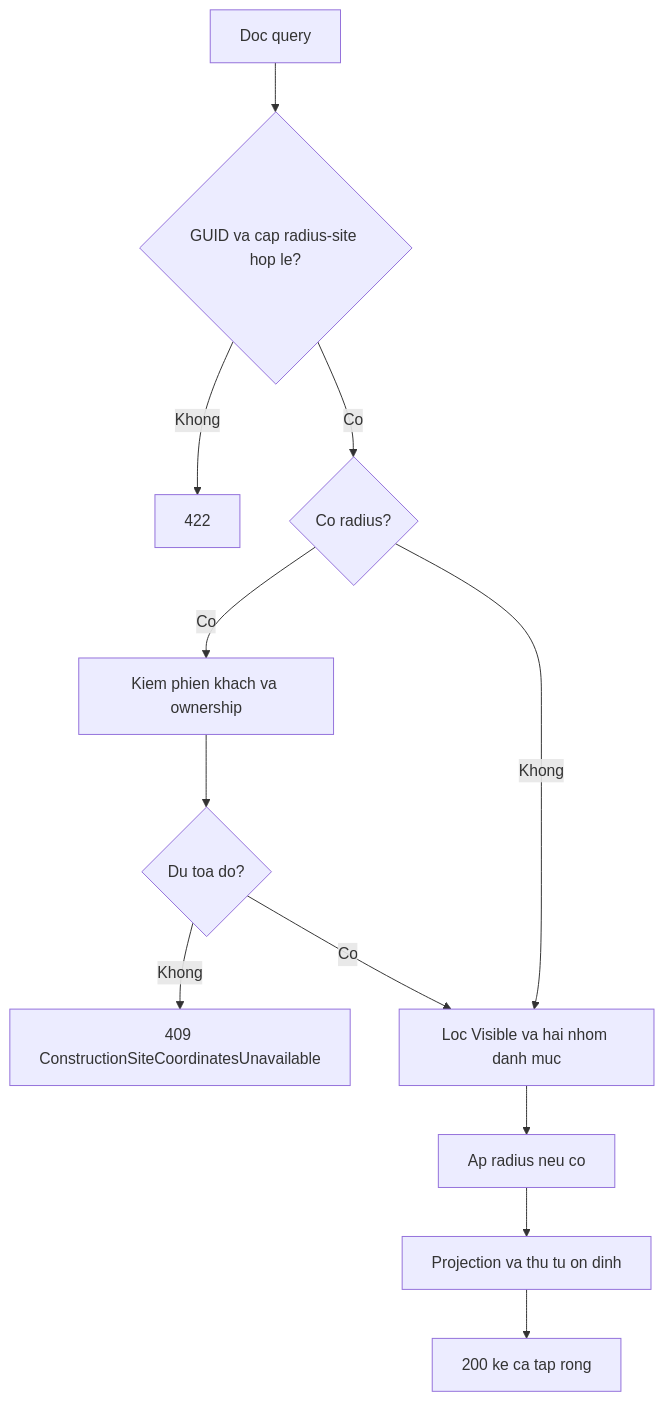
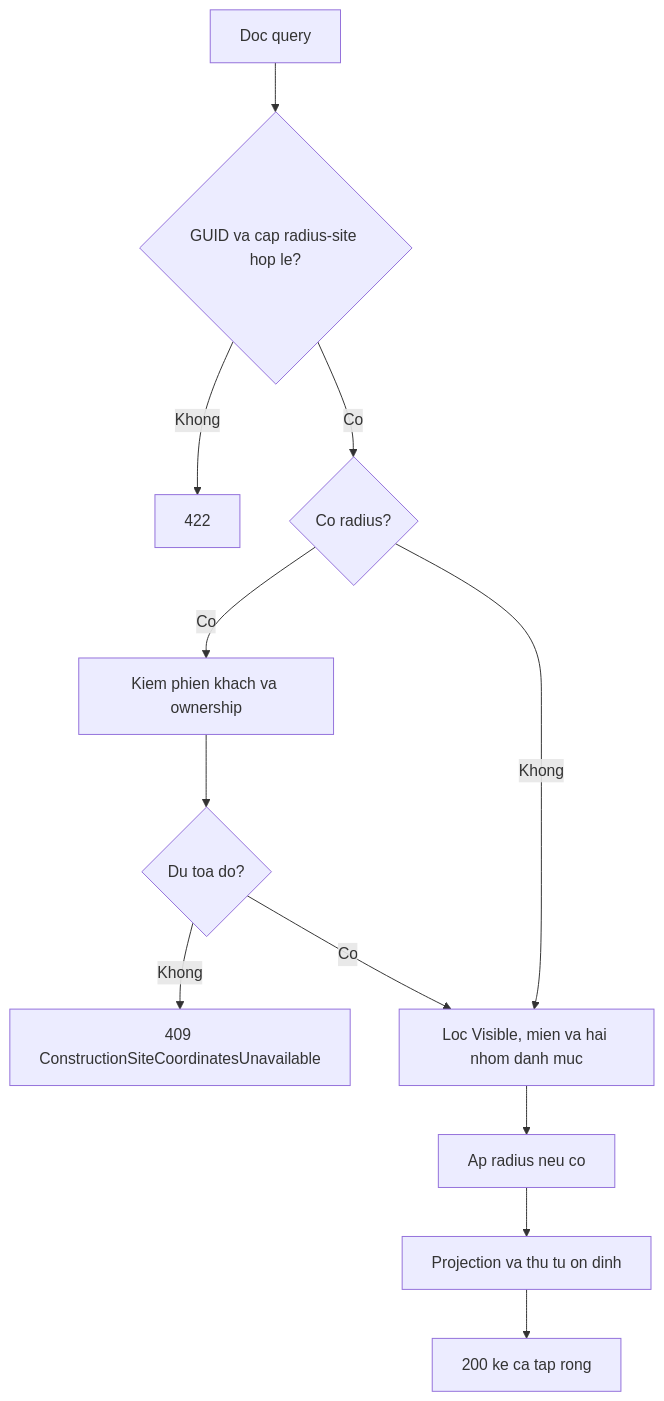
One commit to TaskCoper/bmt-documentation changed the third of 5 diagrams in tdd/TDD-CTR-002.md. Above: the diagram before and after it, drawn with Mermaid. The commit also changed other lines of this file and 19 other files, not shown here.

````diff
--- a/tdd/TDD-CTR-002.md
+++ b/tdd/TDD-CTR-002.md
@@ -145,14 +160,14 @@
 ```mermaid
 flowchart TD
     A[Doc query] --> B{GUID va cap radius-site hop le?}
     B -->|Khong| E[422]
     B -->|Co| C{Co radius?}
     C -->|Co| D[Kiem phien khach va ownership]
     D --> F{Du toa do?}
     F -->|Khong| G[409 ConstructionSiteCoordinatesUnavailable]
-    F -->|Co| H[Loc Visible va hai nhom danh muc]
+    F -->|Co| H[Loc Visible, mien va hai nhom danh muc]
     C -->|Khong| H
     H --> I[Ap radius neu co]
     I --> J[Projection va thu tu on dinh]
     J --> K[200 ke ca tap rong]
 ```
````
